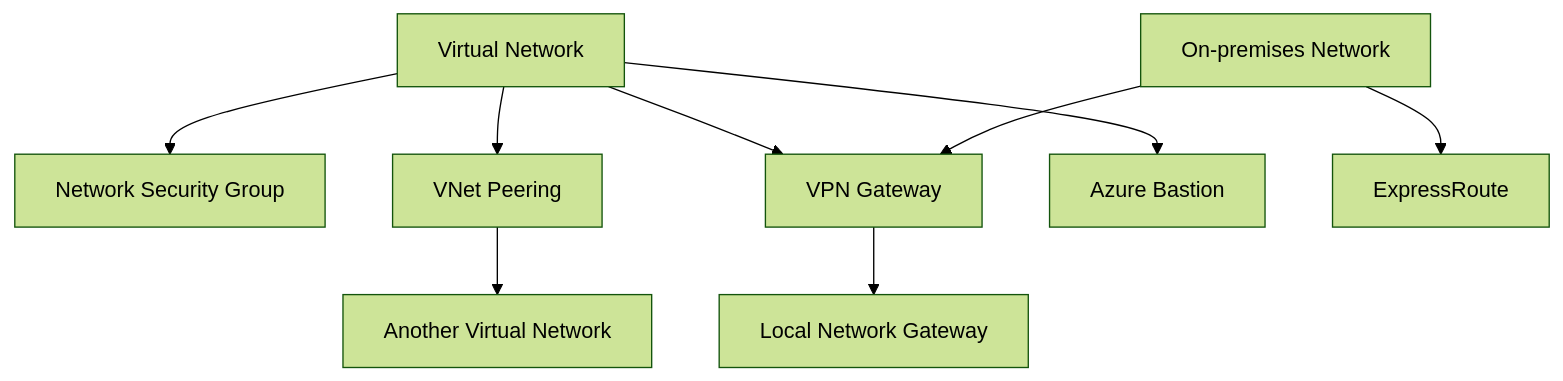
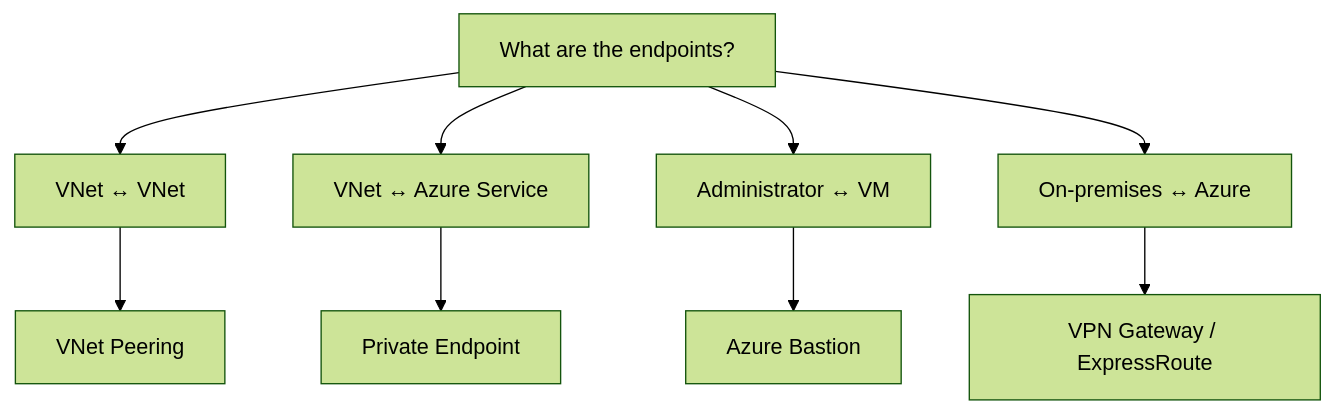
One commit to zhyordanova/azure-fundamentals-handbook changed the sixth of 14 diagrams in exam/concept-map/concept-map.md. Above: the diagram before and after it, drawn with Mermaid (forest theme). The commit also changed other lines of this file and 1 other file, not shown here.

````diff
--- a/exam/concept-map/concept-map.md
+++ b/exam/concept-map/concept-map.md
@@ -136,21 +145,12 @@
 ```mermaid
 flowchart TD
-
-    VNET["Virtual Network"]
-
-    VNET --> NSG["Network Security Group"]
-
-    VNET --> PEER["VNet Peering"]
-
-    VNET --> VPN["VPN Gateway"]
-
-    VNET --> BASTION["Azure Bastion"]
-
-    VPN --> LNG["Local Network Gateway"]
-
-    ONPREM["On-premises Network"] --> VPN
-
-    ONPREM --> ER["ExpressRoute"]
-
-    PEER --> VNET2["Another Virtual Network"]
+    A["What are the endpoints?"]
+    A --> VV["VNet ↔ VNet"]
+    A --> VS["VNet ↔ Azure Service"]
+    A --> VM["Administrator ↔ VM"]
+    A --> OA["On-premises ↔ Azure"]
+    VV --> PEER["VNet Peering"]
+    VS --> PE["Private Endpoint"]
+    VM --> BASTION["Azure Bastion"]
+    OA --> CONN["VPN Gateway / ExpressRoute"]
 ```
````
